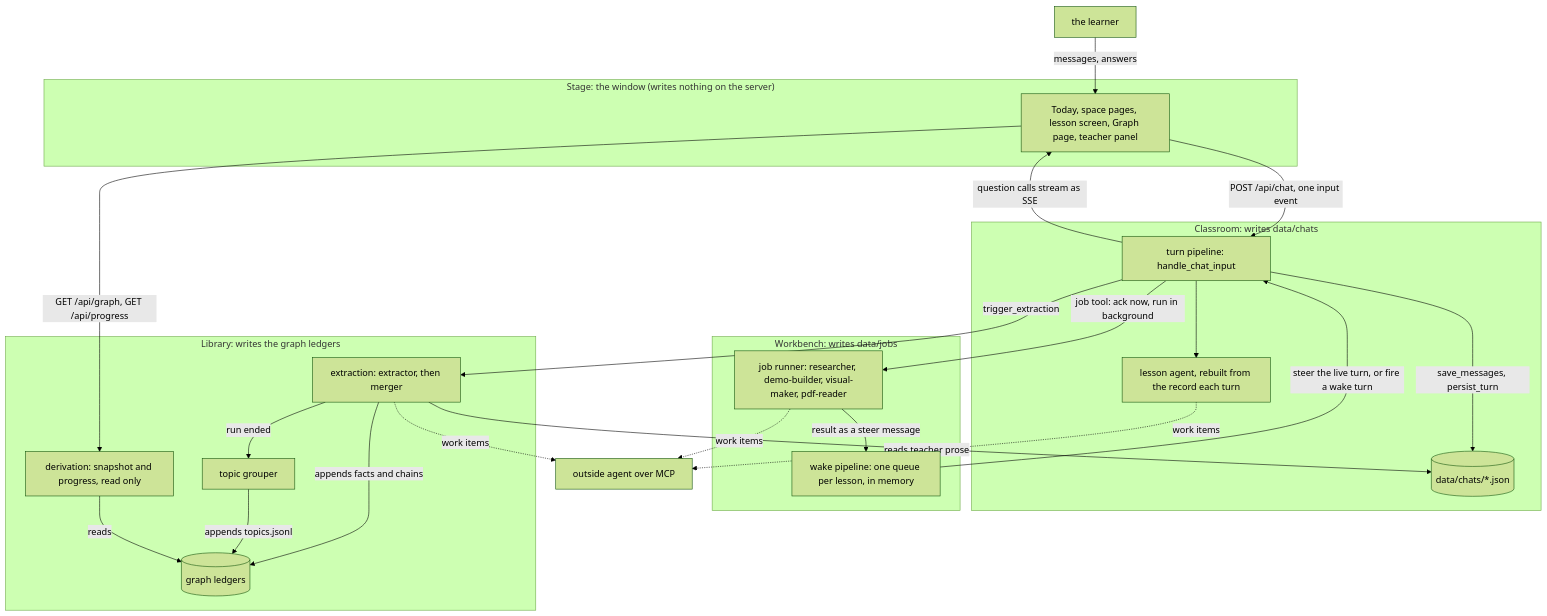
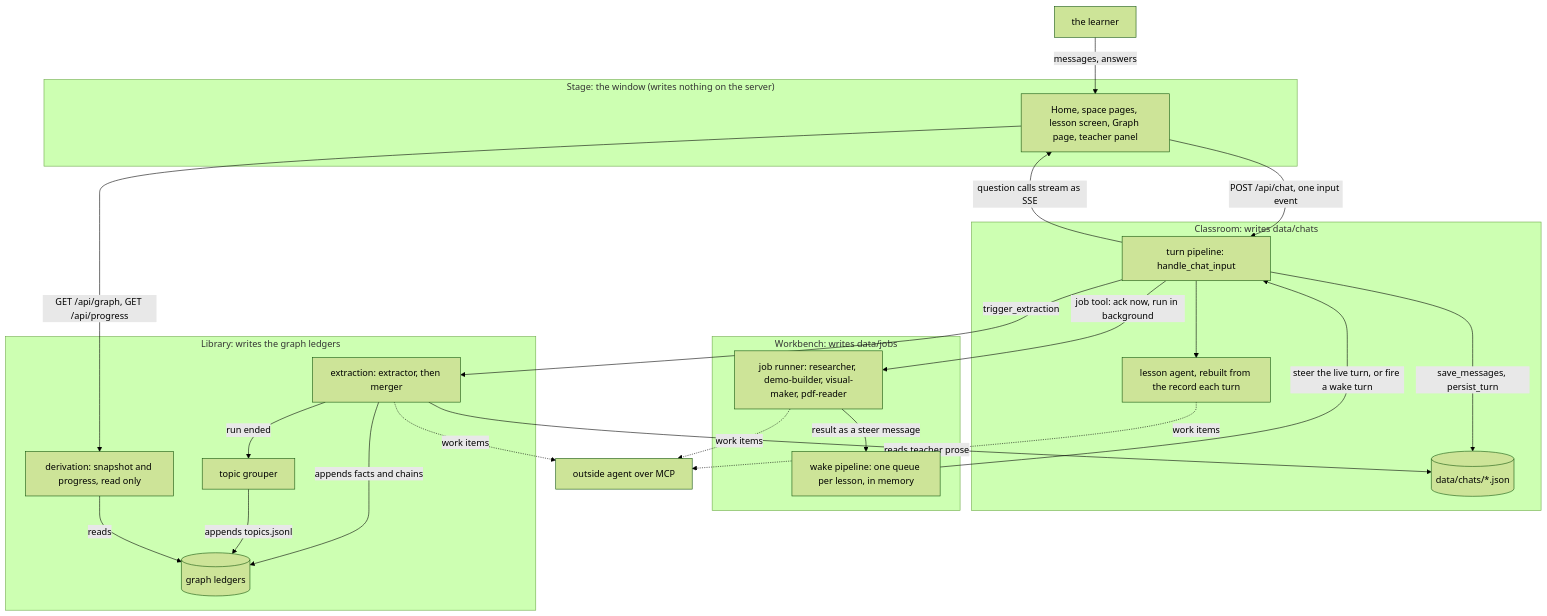
One commit to bayshores/godspeed changed the diagram in docs/architecture/04-how-the-systems-talk.md. Above: the diagram before and after it, drawn with Mermaid (forest theme). The commit also changed 75 other files, not shown here.

Commit message:
The first page is named Home in place of Today: its tab in the top bar, the Go menu on a Mac, the not-found page's key, the teacher's page names and the open_page tool's page value. Today stays where it means the day.

````diff
--- a/docs/architecture/04-how-the-systems-talk.md
+++ b/docs/architecture/04-how-the-systems-talk.md
@@ -11,47 +11,47 @@
 ```mermaid
 flowchart TB
     LEARNER["the learner"]
 
     subgraph STAGE["Stage: the window (writes nothing on the server)"]
-        UI["Today, space pages, lesson screen, Graph page, teacher panel"]
+        UI["Home, space pages, lesson screen, Graph page, teacher panel"]
     end
 
     subgraph CLASSROOM["Classroom: writes data/chats"]
         TURN["turn pipeline: handle_chat_input"]
         AGENTS["lesson agent, rebuilt from the record each turn"]
         CHATS[("data/chats/*.json")]
     end
 
     subgraph WORKBENCH["Workbench: writes data/jobs"]
         RUNNER["job runner: researcher, demo-builder, visual-maker, pdf-reader"]
         WAKE["wake pipeline: one queue per lesson, in memory"]
     end
 
     subgraph LIBRARY["Library: writes the graph ledgers"]
         EXTRACT["extraction: extractor, then merger"]
         TOPICS["topic grouper"]
         DERIVE["derivation: snapshot and progress, read only"]
         LEDGERS[("graph ledgers")]
     end
 
     OUTSIDE["outside agent over MCP"]
 
     LEARNER -->|"messages, answers"| UI
     UI -->|"POST /api/chat, one input event"| TURN
     TURN --> AGENTS
     TURN -->|"question calls stream as SSE"| UI
     TURN -->|"save_messages, persist_turn"| CHATS
     TURN -->|"job tool: ack now, run in background"| RUNNER
     RUNNER -->|"result as a steer message"| WAKE
     WAKE -->|"steer the live turn, or fire a wake turn"| TURN
     TURN -->|"trigger_extraction"| EXTRACT
     EXTRACT -->|"reads teacher prose"| CHATS
     EXTRACT -->|"appends facts and chains"| LEDGERS
     EXTRACT -->|"run ended"| TOPICS
     TOPICS -->|"appends topics.jsonl"| LEDGERS
     DERIVE -->|"reads"| LEDGERS
     UI -->|"GET /api/graph, GET /api/progress"| DERIVE
     AGENTS -.->|"work items"| OUTSIDE
     RUNNER -.->|"work items"| OUTSIDE
     EXTRACT -.->|"work items"| OUTSIDE
 ```
````
